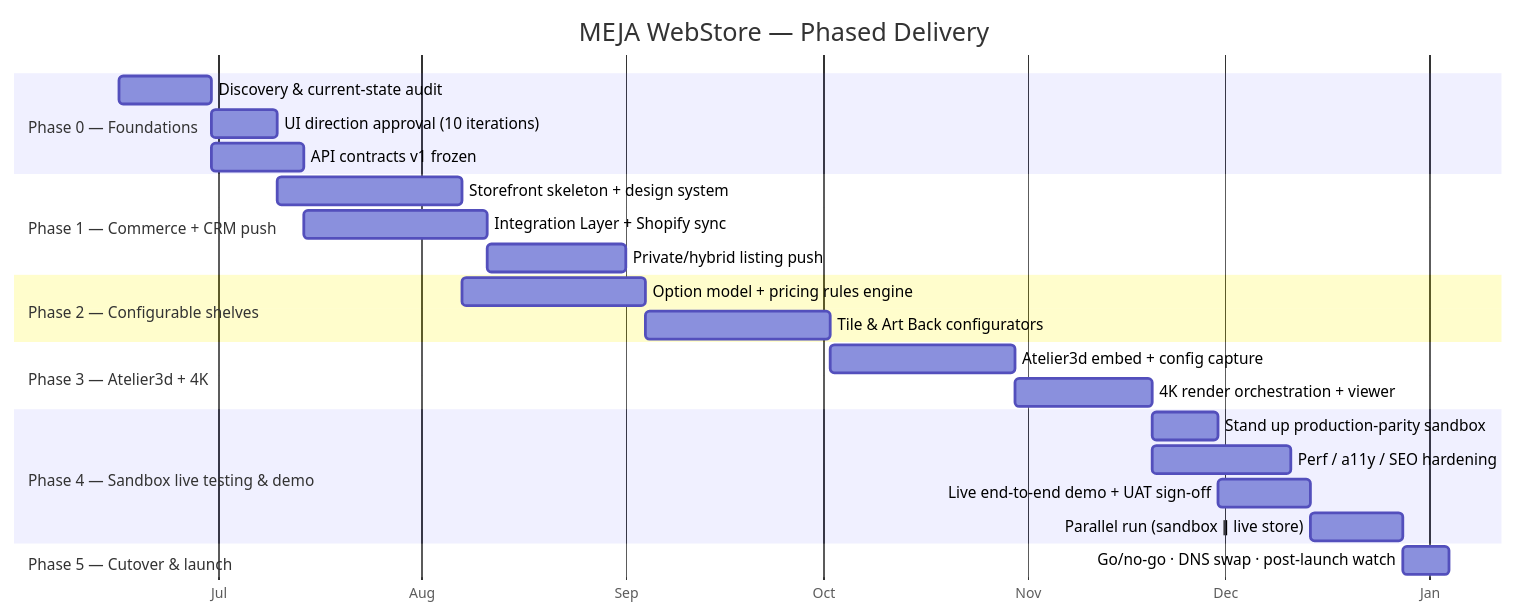
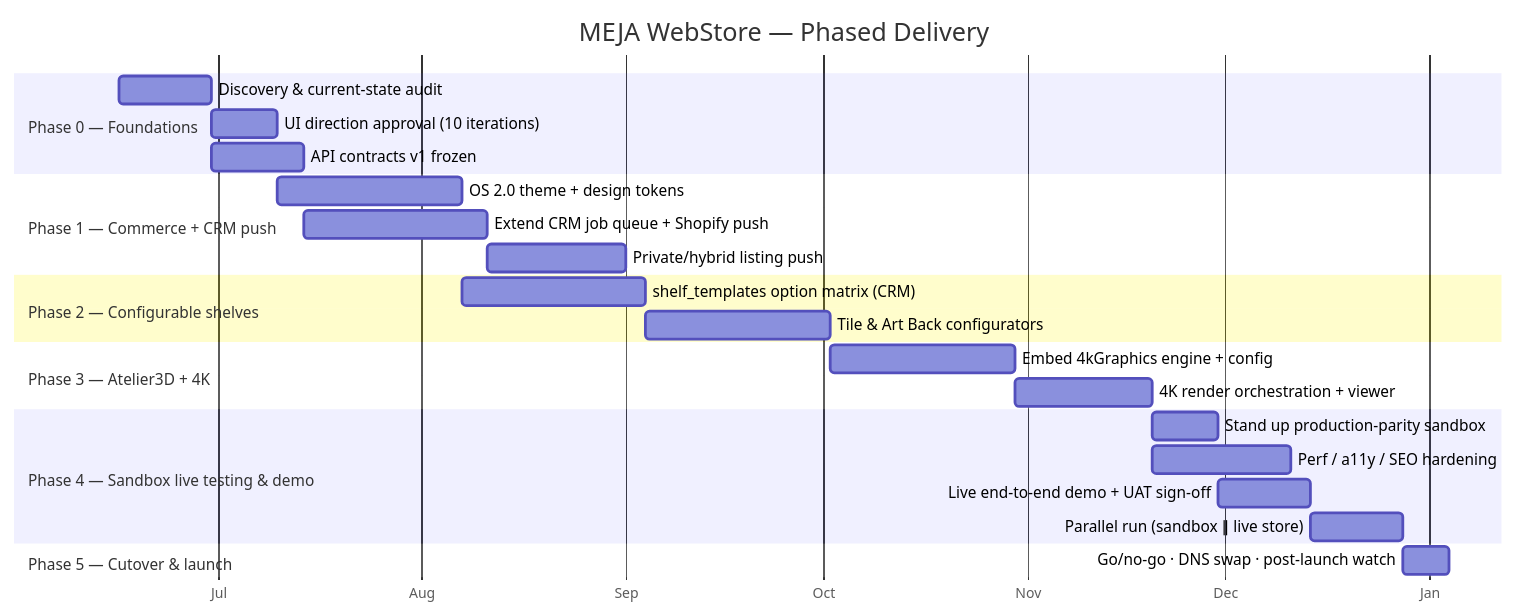
Before and after one commit to jfsgi/MEJA-ShopifyStore: the seventh of 7 diagrams in docs/01-Master-Plan.md, drawn with Mermaid. The commit also changed other lines of this file and 7 other files, not shown here.

First line of the commit message:
Reconcile plan with real sibling apps (CRM, Atelier3D, 4kGraphics)

````diff
--- a/docs/01-Master-Plan.md
+++ b/docs/01-Master-Plan.md
@@ -406,27 +392,27 @@
 ```mermaid
 gantt
     title MEJA WebStore — Phased Delivery
     dateFormat YYYY-MM-DD
     axisFormat %b
     section Phase 0 — Foundations
     Discovery & current-state audit      :p0a, 2026-06-16, 14d
     UI direction approval (10 iterations):p0b, after p0a, 10d
     API contracts v1 frozen              :p0c, after p0a, 14d
     section Phase 1 — Commerce + CRM push
-    Storefront skeleton + design system  :p1a, after p0b, 28d
-    Integration Layer + Shopify sync     :p1b, after p0c, 28d
+    OS 2.0 theme + design tokens         :p1a, after p0b, 28d
+    Extend CRM job queue + Shopify push  :p1b, after p0c, 28d
     Private/hybrid listing push          :p1c, after p1b, 21d
     section Phase 2 — Configurable shelves
-    Option model + pricing rules engine  :p2a, after p1a, 28d
+    shelf_templates option matrix (CRM)  :p2a, after p1a, 28d
     Tile & Art Back configurators        :p2b, after p2a, 28d
-    section Phase 3 — Atelier3d + 4K
-    Atelier3d embed + config capture      :p3a, after p2b, 28d
+    section Phase 3 — Atelier3D + 4K
+    Embed 4kGraphics engine + config      :p3a, after p2b, 28d
     4K render orchestration + viewer     :p3b, after p3a, 21d
     section Phase 4 — Sandbox live testing & demo
     Stand up production-parity sandbox   :p4a, after p3b, 10d
     Perf / a11y / SEO hardening          :p4b, after p3b, 21d
     Live end-to-end demo + UAT sign-off  :p4c, after p4a, 14d
     Parallel run (sandbox ∥ live store)  :p4d, after p4c, 14d
     section Phase 5 — Cutover & launch
     Go/no-go · DNS swap · post-launch watch :p5a, after p4d, 7d
 ```
````
